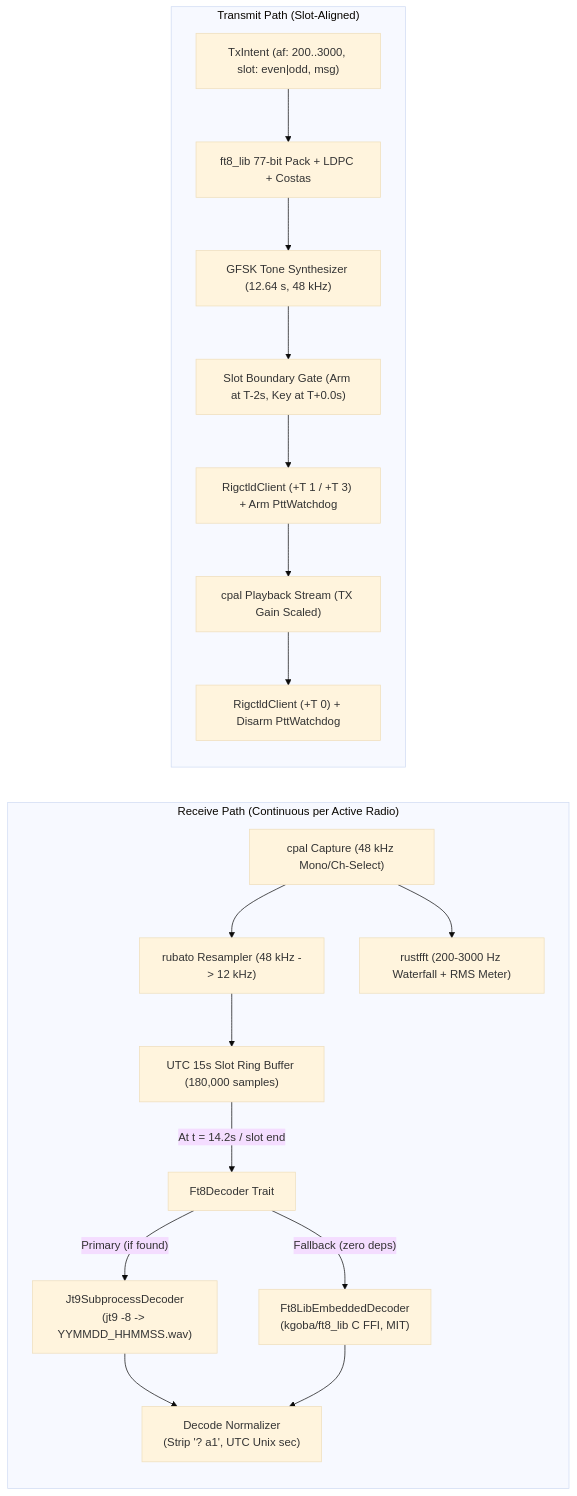
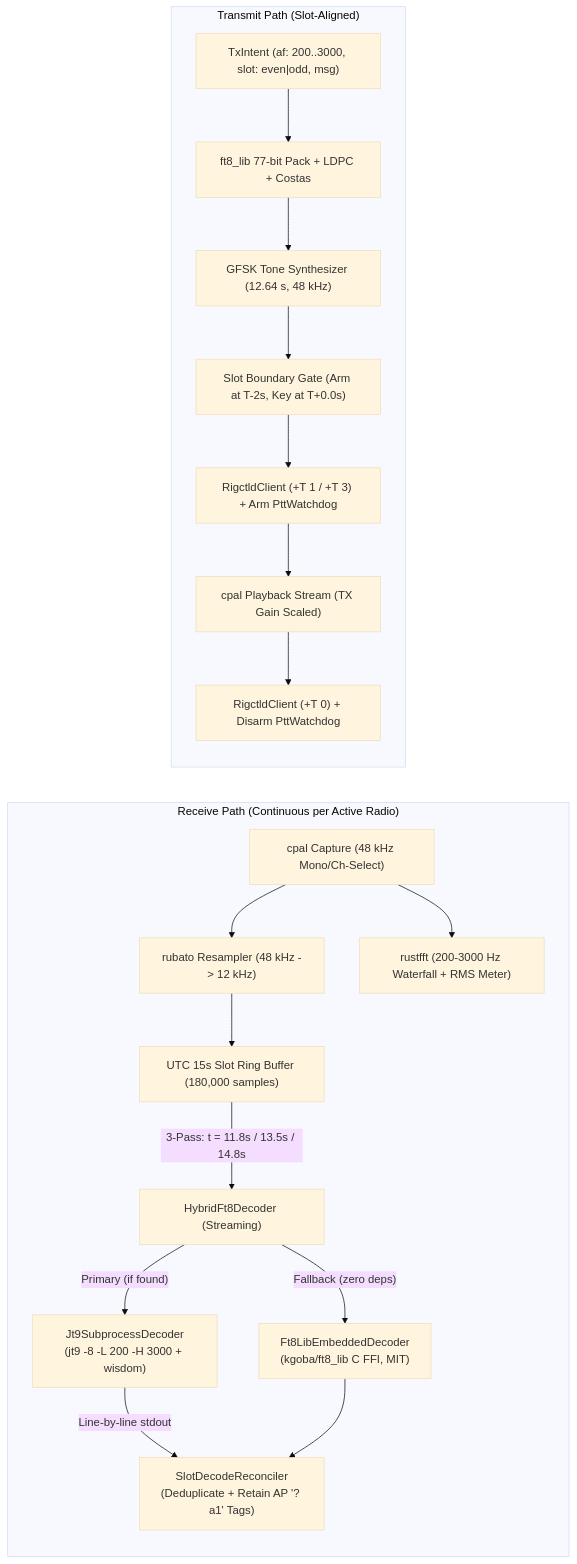
The third of 4 diagrams in docs/architecture.md (mpmbq2/digi-dx), drawn with Mermaid (base theme) before and after one commit. The commit also changed other lines of this file and 16 other files, not shown here.

Commit message:
feat(modem,qso,ui): multi-pass early FT8 decoding with jt9 streaming and reconciliation

````diff
--- a/docs/architecture.md
+++ b/docs/architecture.md
@@ -184,22 +184,22 @@
 ```mermaid
 flowchart LR
     subgraph RX["Receive Path (Continuous per Active Radio)"]
         Cap["cpal Capture (48 kHz Mono/Ch-Select)"] --> Resamp["rubato Resampler (48 kHz -> 12 kHz)"]
         Cap --> FFT["rustfft (200-3000 Hz Waterfall + RMS Meter)"]
         Resamp --> SlotBuf["UTC 15s Slot Ring Buffer (180,000 samples)"]
-        SlotBuf -->|"At t = 14.2s / slot end"| Trait["Ft8Decoder Trait"]
-        Trait -->|"Primary (if found)"| JT9Dec["Jt9SubprocessDecoder\n(jt9 -8 -> YYMMDD_HHMMSS.wav)"]
+        SlotBuf -->|"3-Pass: t = 11.8s / 13.5s / 14.8s"| Trait["HybridFt8Decoder (Streaming)"]
+        Trait -->|"Primary (if found)"| JT9Dec["Jt9SubprocessDecoder\n(jt9 -8 -L 200 -H 3000 + wisdom)"]
         Trait -->|"Fallback (zero deps)"| LibDec["Ft8LibEmbeddedDecoder\n(kgoba/ft8_lib C FFI, MIT)"]
-        JT9Dec --> Norm["Decode Normalizer\n(Strip '? a1', UTC Unix sec)"]
+        JT9Dec -->|"Line-by-line stdout"| Norm["SlotDecodeReconciler\n(Deduplicate + Retain AP '? a1' Tags)"]
         LibDec --> Norm
     end
 
     subgraph TX["Transmit Path (Slot-Aligned)"]
         Intent["TxIntent (af: 200..3000, slot: even|odd, msg)"] --> Pack["ft8_lib 77-bit Pack + LDPC + Costas"]
         Pack --> Synth["GFSK Tone Synthesizer (12.64 s, 48 kHz)"]
         Synth --> Gate["Slot Boundary Gate (Arm at T-2s, Key at T+0.0s)"]
         Gate --> Key["RigctldClient (+T 1 / +T 3) + Arm PttWatchdog"]
         Key --> Play["cpal Playback Stream (TX Gain Scaled)"]
         Play --> Unkey["RigctldClient (+T 0) + Disarm PttWatchdog"]
     end
 ```
````
